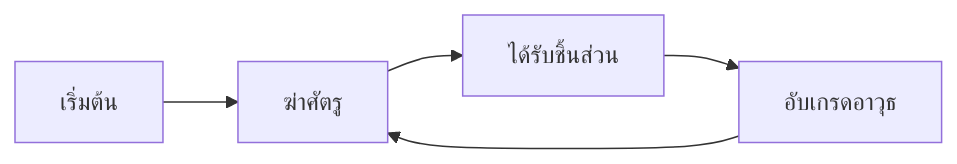
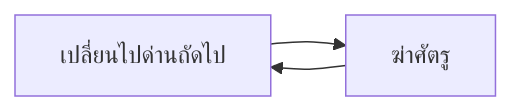
One commit to Boom740/OldHeart changed the diagram in [OldHeart]-game/docs/01_GDD/01-core-loop.md. Above: the diagram before and after it, drawn with Mermaid. The commit also changed other lines of this file and 3 other files, not shown here.

````diff
--- a/[OldHeart]-game/docs/01_GDD/01-core-loop.md
+++ b/[OldHeart]-game/docs/01_GDD/01-core-loop.md
@@ -10,7 +10,5 @@
 ```mermaid
 flowchart LR
     A[เริ่มต้น] --> B[ฆ่าศัตรู]
-    B --> C[ได้รับชิ้นส่วน]
-    C --> D[อับเกรดอาวุธ]
-    D --> B
+    B --> A[เปลี่ยนไปด่านถัดไป]
 ```
````
